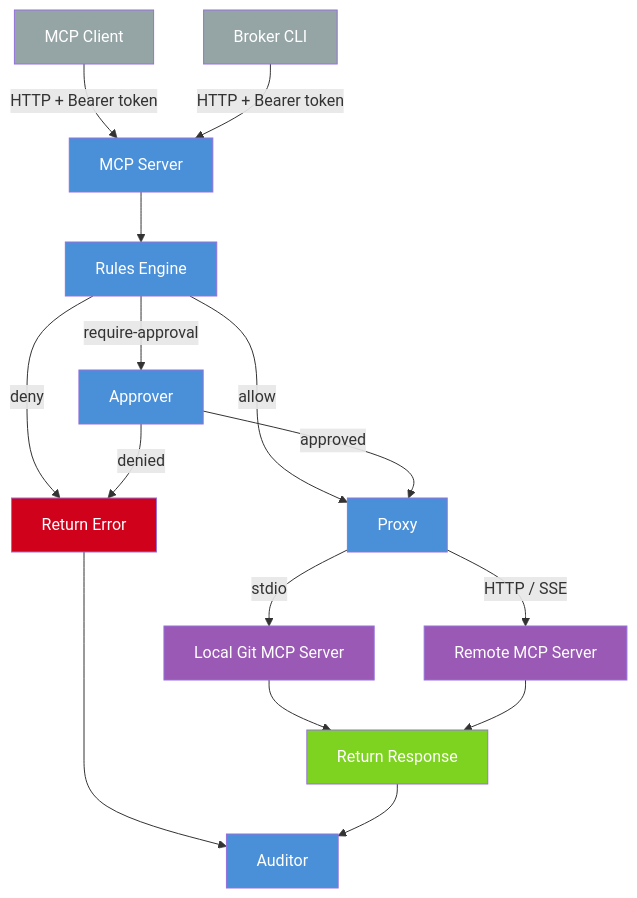
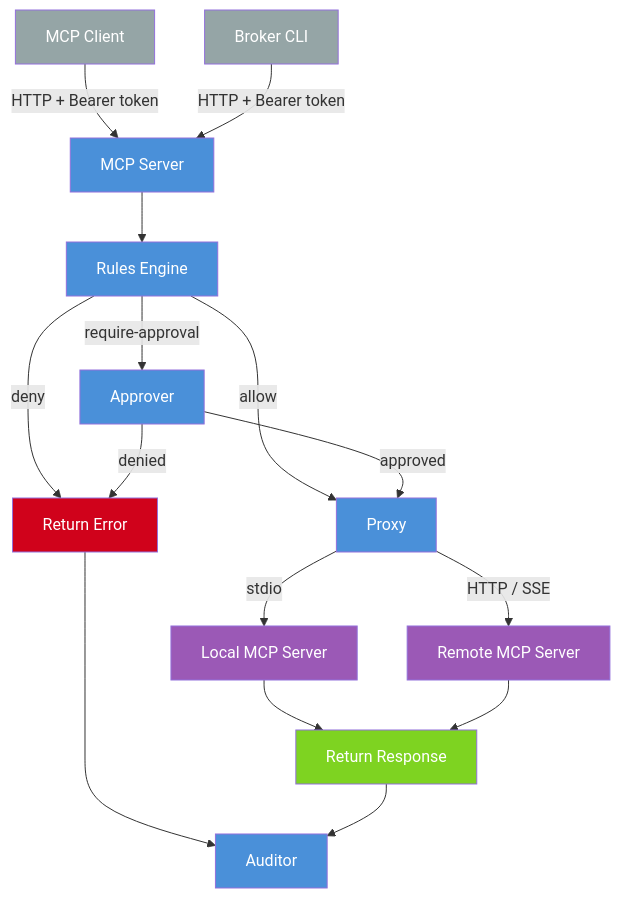
Before and after one commit to averycrespi/agent-tools: the diagram in mcp-broker/ARCHITECTURE.md, drawn with Mermaid. The commit also changed other lines of this file, not shown here.

Commit message:
docs: clean up mcp-broker architecture diagram and descriptions

````diff
--- a/mcp-broker/ARCHITECTURE.md
+++ b/mcp-broker/ARCHITECTURE.md
@@ -7,35 +5,35 @@
 ```mermaid
 flowchart TD
     Agent["MCP Client"] -->|"HTTP + Bearer token"| MCP["MCP Server"]
     CLI["Broker CLI"] -->|"HTTP + Bearer token"| MCP
 
     MCP --> Rules["Rules Engine"]
 
     Rules -->|allow| Proxy["Proxy"]
     Rules -->|deny| Error["Return Error"]
     Rules -->|require-approval| Approver["Approver"]
 
     Approver -->|approved| Proxy
     Approver -->|denied| Error
 
-    Proxy -->|stdio| Git["Local Git MCP Server"]
+    Proxy -->|stdio| Git["Local MCP Server"]
     Proxy -->|HTTP / SSE| Remote["Remote MCP Server"]
 
     Git --> Response["Return Response"]
     Remote --> Response
 
     Error --> Audit["Auditor"]
     Response --> Audit
 
     style MCP fill:#4a90d9,color:#fff
     style Rules fill:#4a90d9,color:#fff
     style Approver fill:#4a90d9,color:#fff
     style Proxy fill:#4a90d9,color:#fff
     style Agent fill:#95a5a6,color:#fff
     style CLI fill:#95a5a6,color:#fff
     style Git fill:#9b59b6,color:#fff
     style Remote fill:#9b59b6,color:#fff
     style Audit fill:#4a90d9,color:#fff
     style Response fill:#7ed321,color:#fff
     style Error fill:#d0021b,color:#fff
 ```
````
